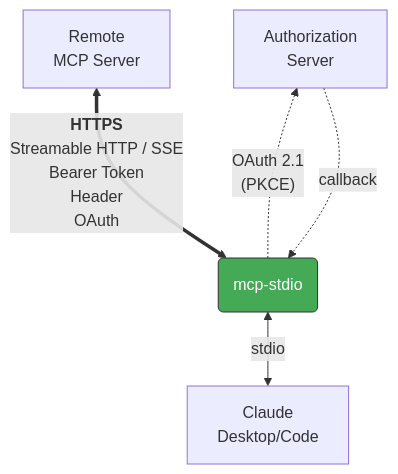
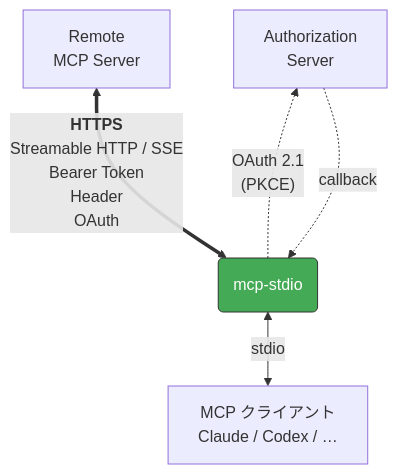
The first of 3 diagrams in README.ja.md (shigechika/mcp-stdio), drawn with Mermaid before and after one commit. The commit also changed other lines of this file and 11 other files, not shown here.

First line of the commit message:
docs: show mcp-stdio works with non-Claude MCP clients (Codex, Meta Muse) (#482)

````diff
--- a/README.ja.md
+++ b/README.ja.md
@@ -16,8 +16,8 @@
 ```mermaid
 flowchart BT
-    A[Claude<br>Desktop/Code] <-- stdio --> B(mcp-stdio)
+    A[MCP クライアント<br>Claude / Codex / …] <-- stdio --> B(mcp-stdio)
     B <== "<b>HTTPS</b><br>Streamable HTTP / SSE<br>Bearer Token<br>Header<br>OAuth" ==> C[Remote<br>MCP Server]
     B -. "OAuth 2.1<br>(PKCE)" .-> D[Authorization<br>Server]
     D -. callback .-> B
     style B fill:#4a5,stroke:#333,color:#fff
 ```
````
